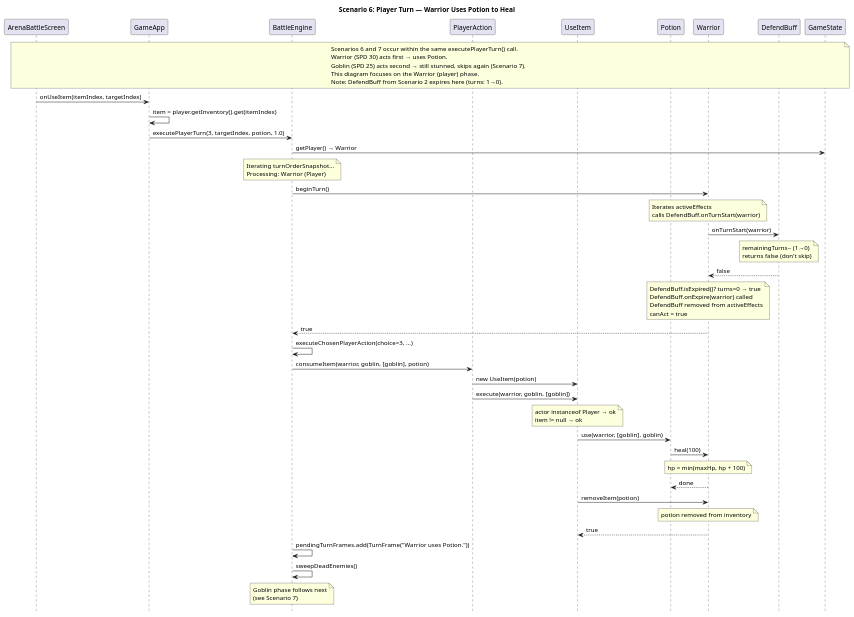
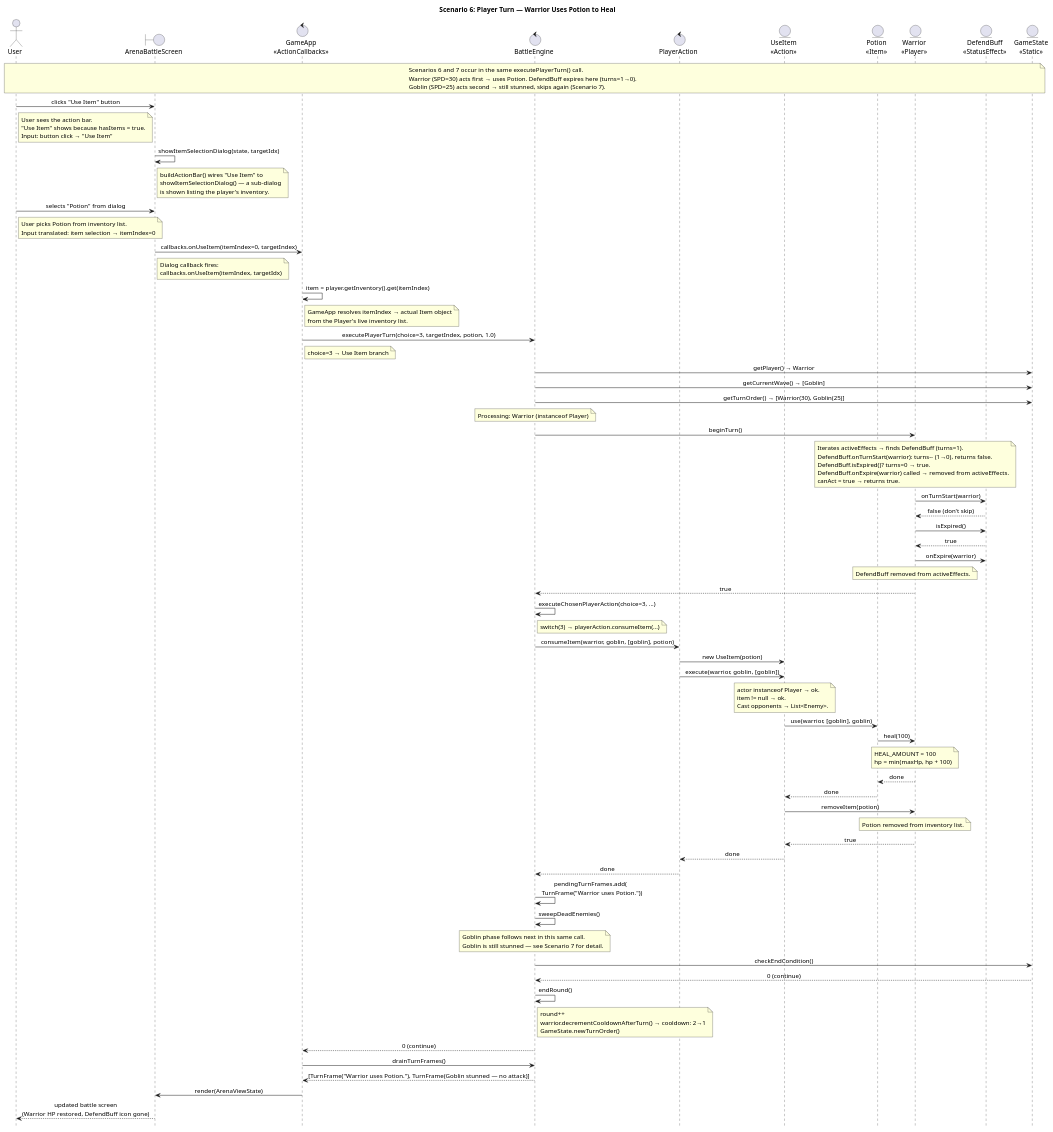
The diagram in newdiag/sequence/sequence_6.puml (YongzhangLiu/sc2002-combat-arena), drawn with PlantUML before and after one commit. The commit also changed 47 other files, not shown here.

Commit message:
Update diagrams in newdiag and remove legacy Diagrams folder

```diff
--- a/newdiag/sequence/sequence_6.puml
+++ b/newdiag/sequence/sequence_6.puml
@@ -1,58 +1,138 @@
 @startuml Sequence_6
 hide footbox
 title Scenario 6: Player Turn — Warrior Uses Potion to Heal
 
-participant "ArenaBattleScreen" as Screen
-participant "GameApp" as App
-participant "BattleEngine" as Engine
-participant "PlayerAction" as PA
-participant "UseItem" as UI
-participant "Potion" as Potion
-participant "Warrior" as Warrior
-participant "DefendBuff" as Buff
-participant "GameState" as State
+skinparam sequenceMessageAlign center
+skinparam responseMessageBelowArrow true
 
-note over Screen, State
-  Scenarios 6 and 7 occur within the same executePlayerTurn() call.
-  Warrior (SPD 30) acts first → uses Potion.
-  Goblin (SPD 25) acts second → still stunned, skips again (Scenario 7).
-  This diagram focuses on the Warrior (player) phase.
-  Note: DefendBuff from Scenario 2 expires here (turns: 1→0).
+actor       "User"                          as User
+boundary    "ArenaBattleScreen"             as Screen
+control     "GameApp\n<<ActionCallbacks>>"  as App
+control     "BattleEngine"                  as Engine
+control     "PlayerAction"                  as PA
+entity      "UseItem\n<<Action>>"           as UI
+entity      "Potion\n<<Item>>"              as Potion
+entity      "Warrior\n<<Player>>"           as Warrior
+entity      "DefendBuff\n<<StatusEffect>>"  as Buff
+entity      "GameState\n<<Static>>"         as State
+
+note over User, State
+  Scenarios 6 and 7 occur in the same executePlayerTurn() call.
+  Warrior (SPD=30) acts first → uses Potion. DefendBuff expires here (turns=1→0).
+  Goblin (SPD=25) acts second → still stunned, skips again (Scenario 7).
 end note
 
-Screen -> App : onUseItem(itemIndex, targetIndex)
+' ── User Input ─────────────────────────────────────────────────
+User -> Screen : clicks "Use Item" button
+note right of User
+  User sees the action bar.
+  "Use Item" shows because hasItems = true.
+  Input: button click → "Use Item"
+end note
+
+Screen -> Screen : showItemSelectionDialog(state, targetIdx)
+note right of Screen
+  buildActionBar() wires "Use Item" to
+  showItemSelectionDialog() — a sub-dialog
+  is shown listing the player's inventory.
+end note
+
+User -> Screen : selects "Potion" from dialog
+note right of User
+  User picks Potion from inventory list.
+  Input translated: item selection → itemIndex=0
+end note
+
+Screen -> App : callbacks.onUseItem(itemIndex=0, targetIndex)
+note right of Screen
+  Dialog callback fires:
+  callbacks.onUseItem(itemIndex, targetIdx)
+end note
+
 App -> App : item = player.getInventory().get(itemIndex)
-App -> Engine : executePlayerTurn(3, targetIndex, potion, 1.0)
+note right of App
+  GameApp resolves itemIndex → actual Item object
+  from the Player's live inventory list.
+end note
+
+App -> Engine : executePlayerTurn(choice=3, targetIndex, potion, 1.0)
+note right of App : choice=3 → Use Item branch
+
 Engine -> State : getPlayer() → Warrior
+Engine -> State : getCurrentWave() → [Goblin]
+Engine -> State : getTurnOrder() → [Warrior(30), Goblin(25)]
 
-note over Engine : Iterating turnOrderSnapshot...\nProcessing: Warrior (Player)
+' ── Warrior Phase ──────────────────────────────────────────────
+note over Engine : Processing: Warrior (instanceof Player)
 
 Engine -> Warrior : beginTurn()
-note over Warrior : Iterates activeEffects\ncalls DefendBuff.onTurnStart(warrior)
+note over Warrior
+  Iterates activeEffects → finds DefendBuff (turns=1).
+  DefendBuff.onTurnStart(warrior): turns-- (1→0), returns false.
+  DefendBuff.isExpired()? turns=0 → true.
+  DefendBuff.onExpire(warrior) called → removed from activeEffects.
+  canAct = true → returns true.
+end note
 Warrior -> Buff : onTurnStart(warrior)
-note over Buff : remainingTurns-- (1→0)\nreturns false (don't skip)
-Buff --> Warrior : false
-note over Warrior : DefendBuff.isExpired()? turns=0 → true\nDefendBuff.onExpire(warrior) called\nDefendBuff removed from activeEffects\ncanAct = true
+Buff --> Warrior : false (don't skip)
+Warrior -> Buff : isExpired()
+Buff --> Warrior : true
+Warrior -> Buff : onExpire(warrior)
+note over Warrior : DefendBuff removed from activeEffects.
 Warrior --> Engine : true
 
 Engine -> Engine : executeChosenPlayerAction(choice=3, ...)
+note right of Engine : switch(3) → playerAction.consumeItem(...)
+
 Engine -> PA : consumeItem(warrior, goblin, [goblin], potion)
 PA -> UI : new UseItem(potion)
 PA -> UI : execute(warrior, goblin, [goblin])
 
-note over UI : actor instanceof Player → ok\nitem != null → ok
+note over UI
+  actor instanceof Player → ok.
+  item != null → ok.
+  Cast opponents → List<Enemy>.
+end note
+
 UI -> Potion : use(warrior, [goblin], goblin)
 Potion -> Warrior : heal(100)
-note over Warrior : hp = min(maxHp, hp + 100)
+note over Warrior
+  HEAL_AMOUNT = 100
+  hp = min(maxHp, hp + 100)
+end note
 Warrior --> Potion : done
+Potion --> UI : done
 
 UI -> Warrior : removeItem(potion)
-note over Warrior : potion removed from inventory
+note over Warrior : Potion removed from inventory list.
 Warrior --> UI : true
+UI --> PA : done
+PA --> Engine : done
 
-Engine -> Engine : pendingTurnFrames.add(TurnFrame("Warrior uses Potion."))
+Engine -> Engine : pendingTurnFrames.add(\n  TurnFrame("Warrior uses Potion."))
 Engine -> Engine : sweepDeadEnemies()
 
-note over Engine : Goblin phase follows next\n(see Scenario 7)
+' ── Goblin Phase ───────────────────────────────────────────────
+note over Engine
+  Goblin phase follows next in this same call.
+  Goblin is still stunned — see Scenario 7 for detail.
+end note
+
+' ── End of Round ───────────────────────────────────────────────
+Engine -> State : checkEndCondition()
+State --> Engine : 0 (continue)
+Engine -> Engine : endRound()
+note right of Engine
+  round++
+  warrior.decrementCooldownAfterTurn() → cooldown: 2→1
+  GameState.newTurnOrder()
+end note
+Engine --> App : 0 (continue)
+
+' ── Render Result ──────────────────────────────────────────────
+App -> Engine : drainTurnFrames()
+Engine --> App : [TurnFrame("Warrior uses Potion."), TurnFrame(Goblin stunned — no attack)]
+App -> Screen : render(ArenaViewState)
+Screen --> User : updated battle screen\n(Warrior HP restored, DefendBuff icon gone)
 
 @enduml
```
